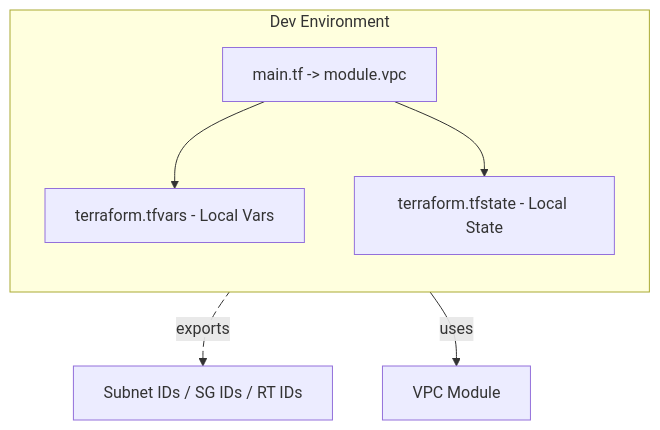
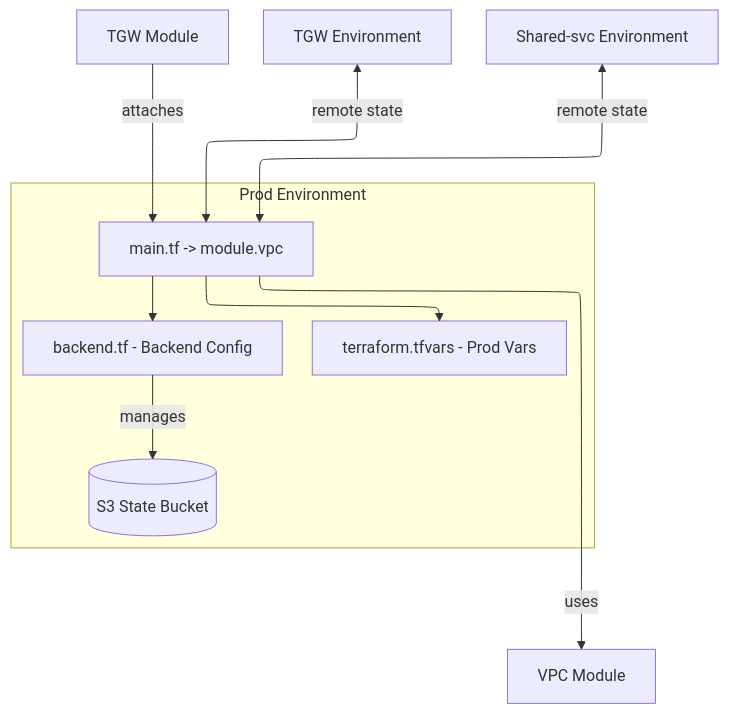
One commit to m3lcy/terraform-aws-vpc changed the fourth of 4 diagrams in README.md. Above: the diagram before and after it, drawn with Mermaid. The commit also changed other lines of this file, not shown here.

````diff
--- a/README.md
+++ b/README.md
@@ -142,21 +215,25 @@
 ```mermaid
 ---
 config:
-  layout: fixed
+  layout: elk
 ---
 flowchart TB
- subgraph Dev_Env["Dev Environment"]
+ subgraph Prod_Env["Prod Environment"]
     direction TB
-        E1["main.tf -> module.vpc"]
-        E2["terraform.tfvars - Local Vars"]
-        E3["terraform.tfstate - Local State"]
+        P1["main.tf -> module.vpc"]
+        P2["terraform.tfvars - Prod Vars"]
+        P3["backend.tf - Backend Config"]
+        P4[("S3 State Bucket")]
   end
-    E1 --> E2
-    E1 L_E1_n1_0@-. exports .-> n1["Subnet IDs / SG IDs / RT IDs"]
-    E1 -- uses --> O["VPC Module"]
-    E1 --> E3
+    P1 --> P2 & P3
+    P3 -- manages --> P4
+    P1 -- uses --> n1["VPC Module"]
+    n2["TGW Module"] -- attaches --> P1
+    n3["TGW Environment"] <-- remote state --> P1
+    n4["Shared-svc Environment"] <-- remote state --> P1
 
     n1@{ shape: rect}
-
-    L_E1_n1_0@{ animation: fast }
+    n2@{ shape: rect}
+    n3@{ shape: rect}
+    n4@{ shape: rect}
 ```
````
